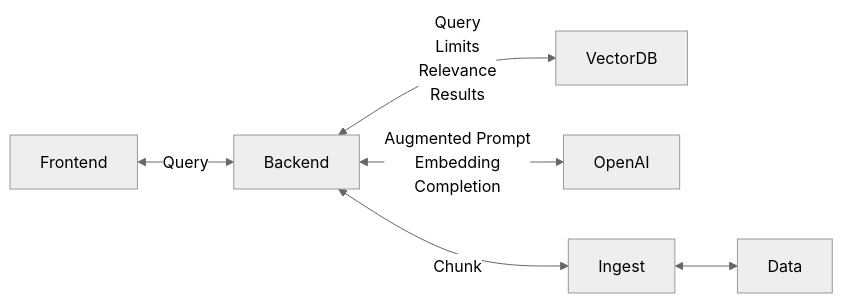
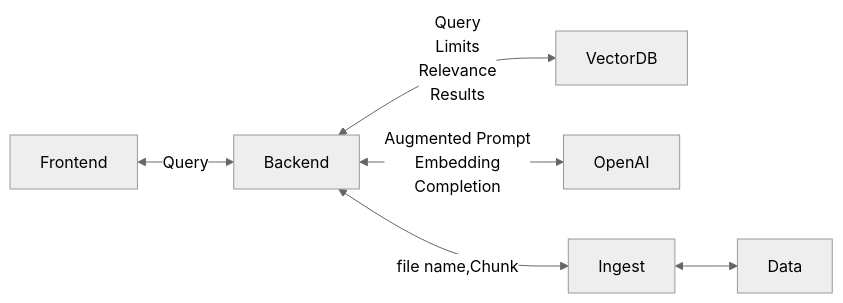
One commit to msalemor/sk-rag-pattern changed the diagram in README.md. Above: the diagram before and after it, drawn with Mermaid (neutral theme).

````diff
--- a/README.md
+++ b/README.md
@@ -7,8 +7,8 @@
 ```mermaid
 graph LR;
 Frontend<--Query-->Backend
 Backend<--Query<br/>Limits<br/>Relevance<br/>Results-->VectorDB
 Backend<--Augmented Prompt<br/>Embedding</br>Completion-->OpenAI
-Backend<--Chunk-->Ingest
+Backend<--file name,Chunk-->Ingest
 Ingest<-->Data
 ```
````
